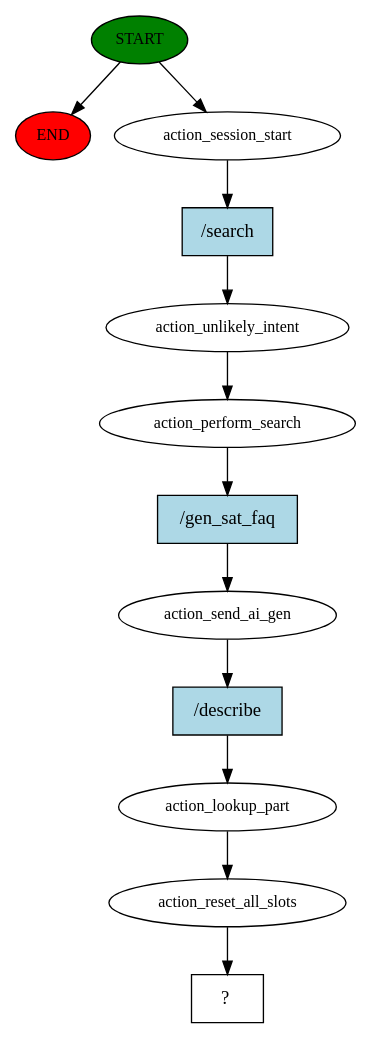
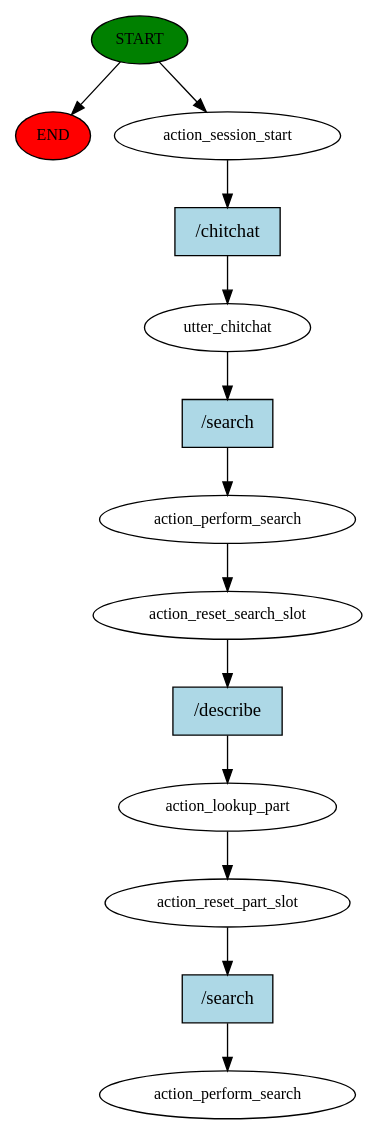
Before and after one commit to jschloemer/astri-the-chatbot: the diagram in story_graph.dot, drawn with Graphviz. The commit also changed 5 other files, not shown here.

```diff
--- a/story_graph.dot
+++ b/story_graph.dot
@@ -1,25 +1,27 @@
 digraph  {
 0 [class="start active", fillcolor=green, fontsize=12, label=START, style=filled];
 "-1" [class=end, fillcolor=red, fontsize=12, label=END, style=filled];
 1 [class=active, fontsize=12, label=action_session_start];
-2 [class=active, fontsize=12, label=action_unlikely_intent];
+2 [class=active, fontsize=12, label=utter_chitchat];
 3 [class=active, fontsize=12, label=action_perform_search];
-4 [class=active, fontsize=12, label=action_send_ai_gen];
+4 [class=active, fontsize=12, label=action_reset_search_slot];
 5 [class=active, fontsize=12, label=action_lookup_part];
-6 [class=active, fontsize=12, label=action_reset_all_slots];
-7 [class="intent dashed active", label="  ?  ", shape=rect];
-8 [class="intent active", fillcolor=lightblue, label="/search", shape=rect, style=filled];
-9 [class="intent active", fillcolor=lightblue, label="/gen_sat_faq", shape=rect, style=filled];
+6 [class=active, fontsize=12, label=action_reset_part_slot];
+7 [class="dashed active", fontsize=12, label=action_perform_search];
+8 [class="intent active", fillcolor=lightblue, label="/chitchat", shape=rect, style=filled];
+9 [class="intent active", fillcolor=lightblue, label="/search", shape=rect, style=filled];
 10 [class="intent active", fillcolor=lightblue, label="/describe", shape=rect, style=filled];
+11 [class="intent active", fillcolor=lightblue, label="/search", shape=rect, style=filled];
 0 -> "-1"  [class="", key=NONE, label=""];
 0 -> 1  [class=active, key=NONE, label=""];
 1 -> 8  [class=active, key=0];
-2 -> 3  [class=active, key=NONE, label=""];
-3 -> 9  [class=active, key=0];
+2 -> 9  [class=active, key=0];
+3 -> 4  [class=active, key=NONE, label=""];
 4 -> 10  [class=active, key=0];
 5 -> 6  [class=active, key=NONE, label=""];
-6 -> 7  [class=active, key=NONE, label=""];
+6 -> 11  [class=active, key=0];
 8 -> 2  [class=active, key=0];
-9 -> 4  [class=active, key=0];
+9 -> 3  [class=active, key=0];
 10 -> 5  [class=active, key=0];
+11 -> 7  [class=active, key=0];
 }
```
